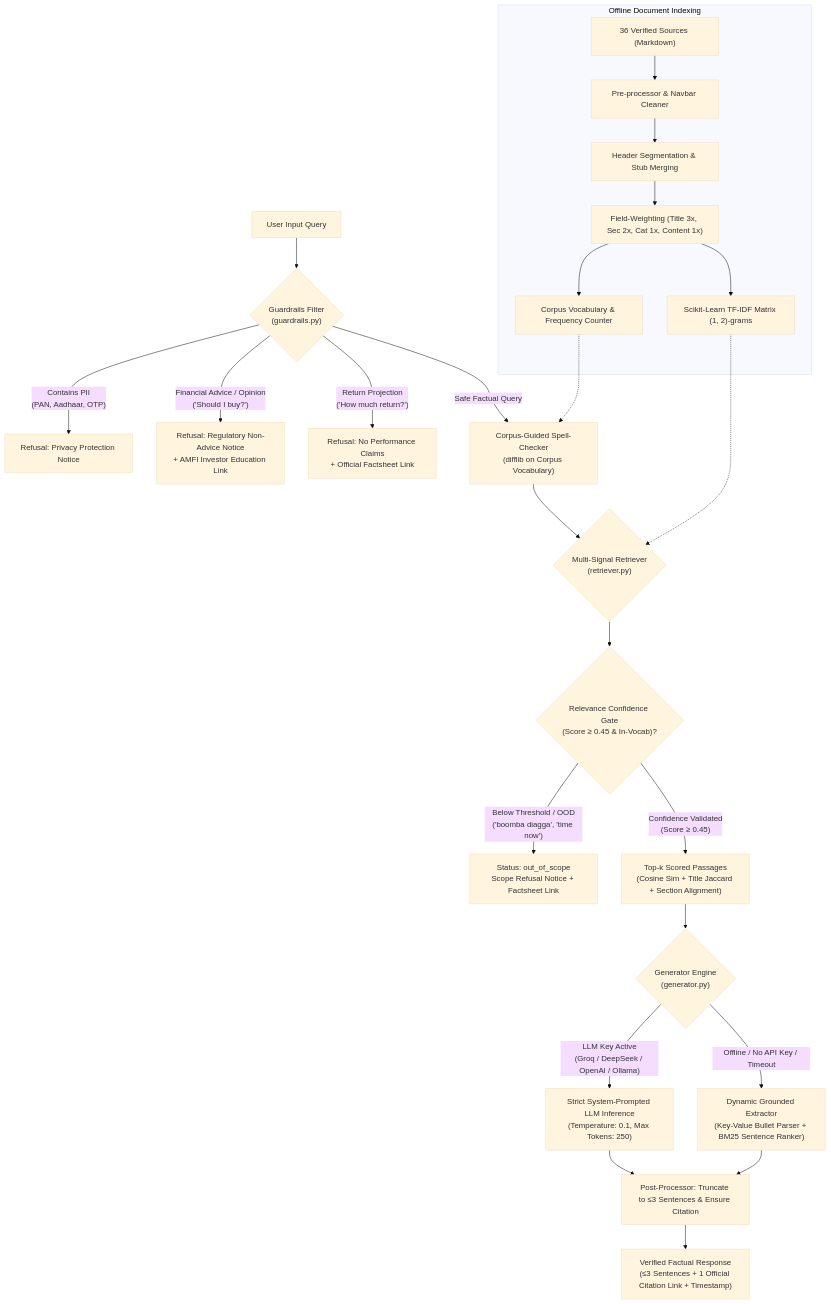
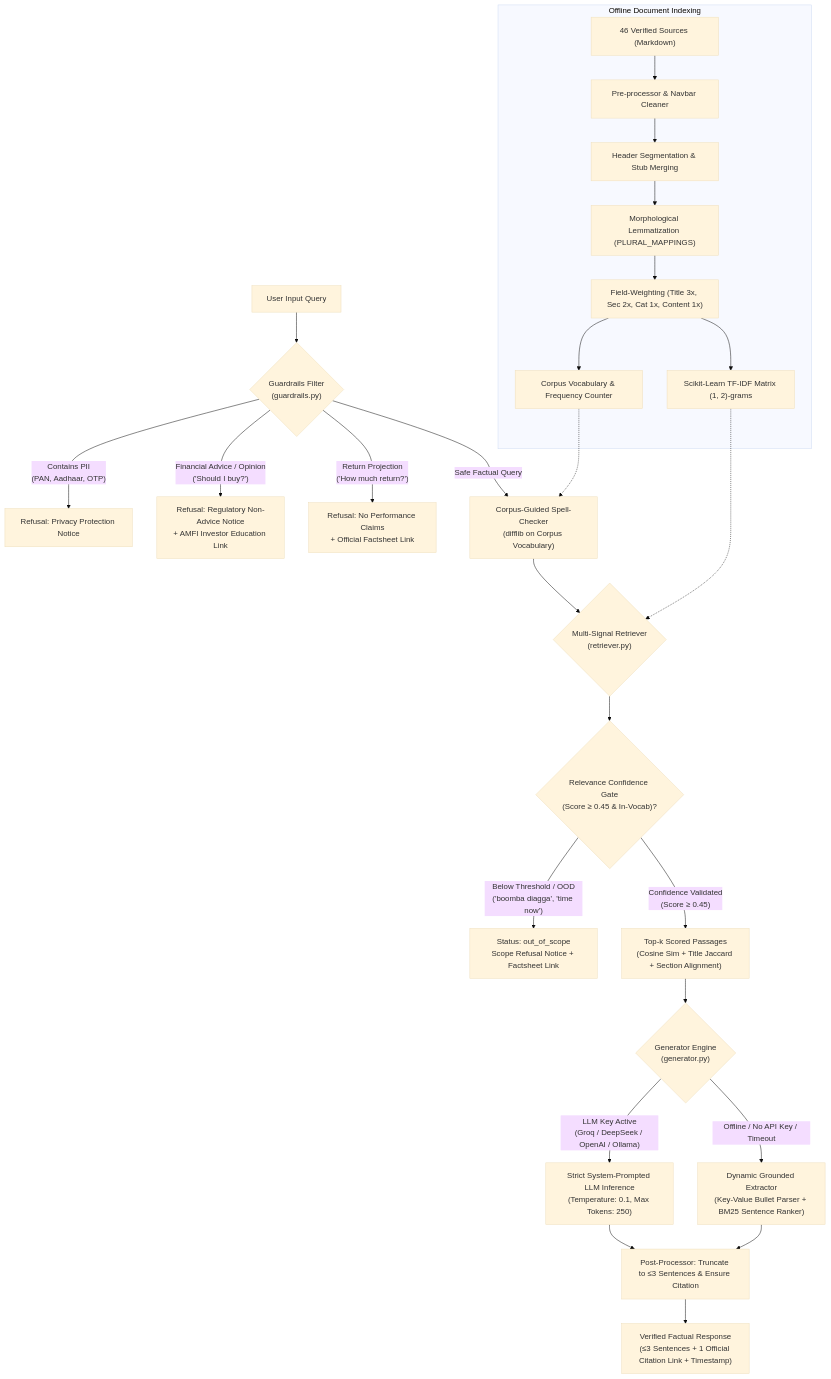
Before and after one commit to chris-joseph/elss_chatbot: the first of 3 diagrams in docs/architecture.md, drawn with Mermaid (base theme). The commit also changed other lines of this file and 18 other files, not shown here.

````diff
--- a/docs/architecture.md
+++ b/docs/architecture.md
@@ -38,38 +38,39 @@
 ```mermaid
 flowchart TD
     UserQuery["User Input Query"] --> Guardrails{"Guardrails Filter<br/>(guardrails.py)"}
     
     Guardrails -- "Contains PII<br/>(PAN, Aadhaar, OTP)" --> RefusalPII["Refusal: Privacy Protection Notice"]
     Guardrails -- "Financial Advice / Opinion<br/>('Should I buy?')" --> RefusalAdvice["Refusal: Regulatory Non-Advice Notice<br/>+ AMFI Investor Education Link"]
     Guardrails -- "Return Projection<br/>('How much return?')" --> RefusalPerf["Refusal: No Performance Claims<br/>+ Official Factsheet Link"]
     
     Guardrails -- "Safe Factual Query" --> Normalizer["Corpus-Guided Spell-Checker<br/>(difflib on Corpus Vocabulary)"]
     
     subgraph OfflineCorpusIndex ["Offline Document Indexing"]
-        RawDocs["36 Verified Sources (Markdown)"] --> Cleaner["Pre-processor & Navbar Cleaner"]
+        RawDocs["46 Verified Sources (Markdown)"] --> Cleaner["Pre-processor & Navbar Cleaner"]
         Cleaner --> Chunker["Header Segmentation & Stub Merging"]
-        Chunker --> FieldWeights["Field-Weighting (Title 3x, Sec 2x, Cat 1x, Content 1x)"]
+        Chunker --> Lemmatizer["Morphological Lemmatization (PLURAL_MAPPINGS)"]
+        Lemmatizer --> FieldWeights["Field-Weighting (Title 3x, Sec 2x, Cat 1x, Content 1x)"]
         FieldWeights --> TFIDFIndex["Scikit-Learn TF-IDF Matrix (1, 2)-grams"]
         FieldWeights --> VocabIndex["Corpus Vocabulary & Frequency Counter"]
     end
     
     VocabIndex -.-> Normalizer
     
     Normalizer --> Retriever{"Multi-Signal Retriever<br/>(retriever.py)"}
     TFIDFIndex -.-> Retriever
     
     Retriever --> ConfidenceGate{"Relevance Confidence Gate<br/>(Score ≥ 0.45 & In-Vocab)?"}
     
     ConfidenceGate -- "Below Threshold / OOD<br/>('boomba diagga', 'time now')" --> OutOfScope["Status: out_of_scope<br/>Scope Refusal Notice + Factsheet Link"]
     ConfidenceGate -- "Confidence Validated<br/>(Score ≥ 0.45)" --> TopK["Top-k Scored Passages<br/>(Cosine Sim + Title Jaccard + Section Alignment)"]
     
     TopK --> Generator{"Generator Engine<br/>(generator.py)"}
     
     Generator -- "LLM Key Active<br/>(Groq / DeepSeek / OpenAI / Ollama)" --> OnlineLLM["Strict System-Prompted LLM Inference<br/>(Temperature: 0.1, Max Tokens: 250)"]
     Generator -- "Offline / No API Key / Timeout" --> OfflineExtractor["Dynamic Grounded Extractor<br/>(Key-Value Bullet Parser + BM25 Sentence Ranker)"]
     
     OnlineLLM --> PostProc["Post-Processor: Truncate to ≤3 Sentences & Ensure Citation"]
     OfflineExtractor --> PostProc
     
     PostProc --> FinalResponse["Verified Factual Response<br/>(≤3 Sentences + 1 Official Citation Link + Timestamp)"]
 ```
````
